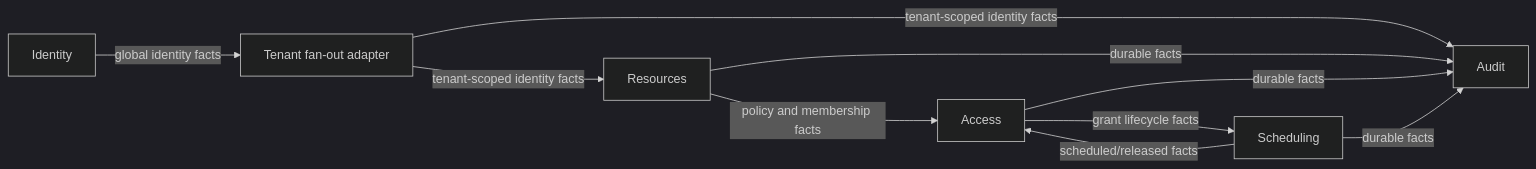
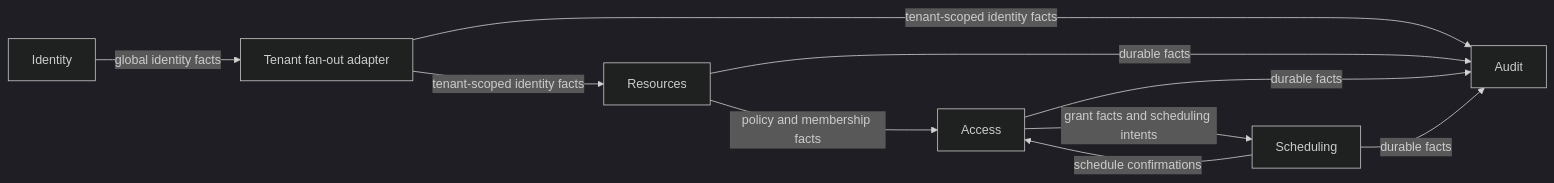
The diagram in references/architecture.md (spine-examples/access-desk-ts), drawn with Mermaid (dark theme) before and after one commit. The commit also changed other lines of this file and 8 other files, not shown here.

````diff
--- a/references/architecture.md
+++ b/references/architecture.md
@@ -46,12 +53,12 @@
 ```mermaid
 flowchart LR
   Identity -->|global identity facts| Fanout[Tenant fan-out adapter]
   Fanout -->|tenant-scoped identity facts| Resources
   Resources -->|policy and membership facts| Access
-  Access -->|grant lifecycle facts| Scheduling
-  Scheduling -->|scheduled/released facts| Access
+  Access -->|grant facts and scheduling intents| Scheduling
+  Scheduling -->|schedule confirmations| Access
   Fanout -->|tenant-scoped identity facts| Audit
   Resources -->|durable facts| Audit
   Access -->|durable facts| Audit
   Scheduling -->|durable facts| Audit
 ```
````
